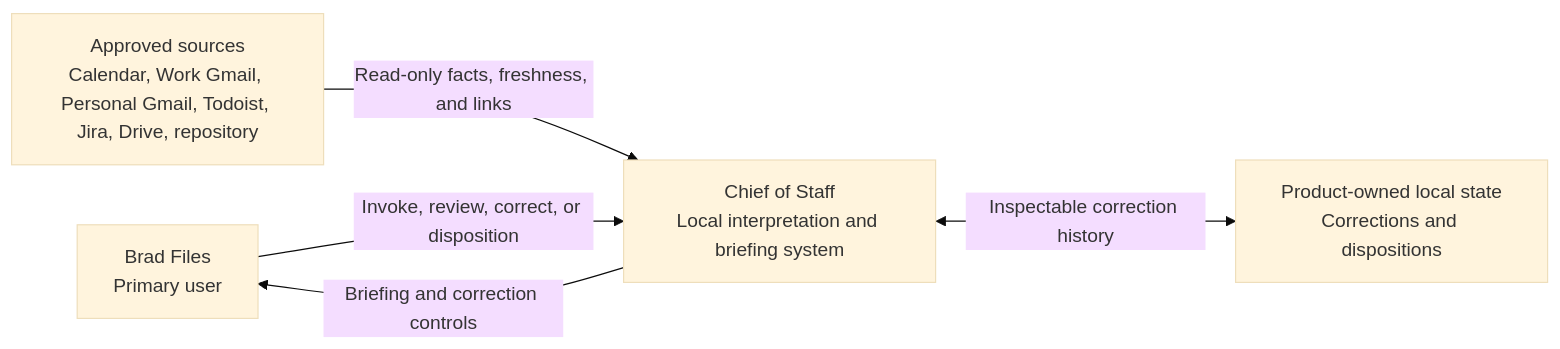
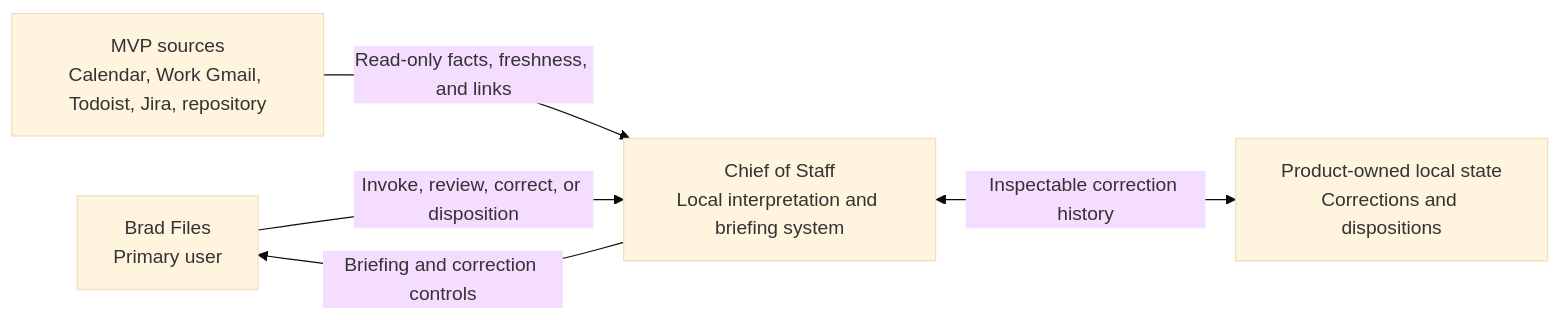
Before and after one commit to btf62/chief-of-staff: the first of 2 diagrams in docs/architecture/overview.md, drawn with Mermaid (base theme). The commit also changed other lines of this file and 9 other files, not shown here.

Commit message:
Define Work Gmail MVP boundary

````diff
--- a/docs/architecture/overview.md
+++ b/docs/architecture/overview.md
@@ -91,12 +90,12 @@
 ```mermaid
 flowchart LR
     Brad["Brad Files<br/>Primary user"]
     Chief["Chief of Staff<br/>Local interpretation and briefing system"]
-    Sources["Approved sources<br/>Calendar, Work Gmail, Personal Gmail, Todoist, Jira, Drive, repository"]
+    Sources["MVP sources<br/>Calendar, Work Gmail, Todoist, Jira, repository"]
     State["Product-owned local state<br/>Corrections and dispositions"]
 
     Sources -->|"Read-only facts, freshness, and links"| Chief
     Chief <-->|"Inspectable correction history"| State
     Brad -->|"Invoke, review, correct, or disposition"| Chief
     Chief -->|"Briefing and correction controls"| Brad
 ```
````
